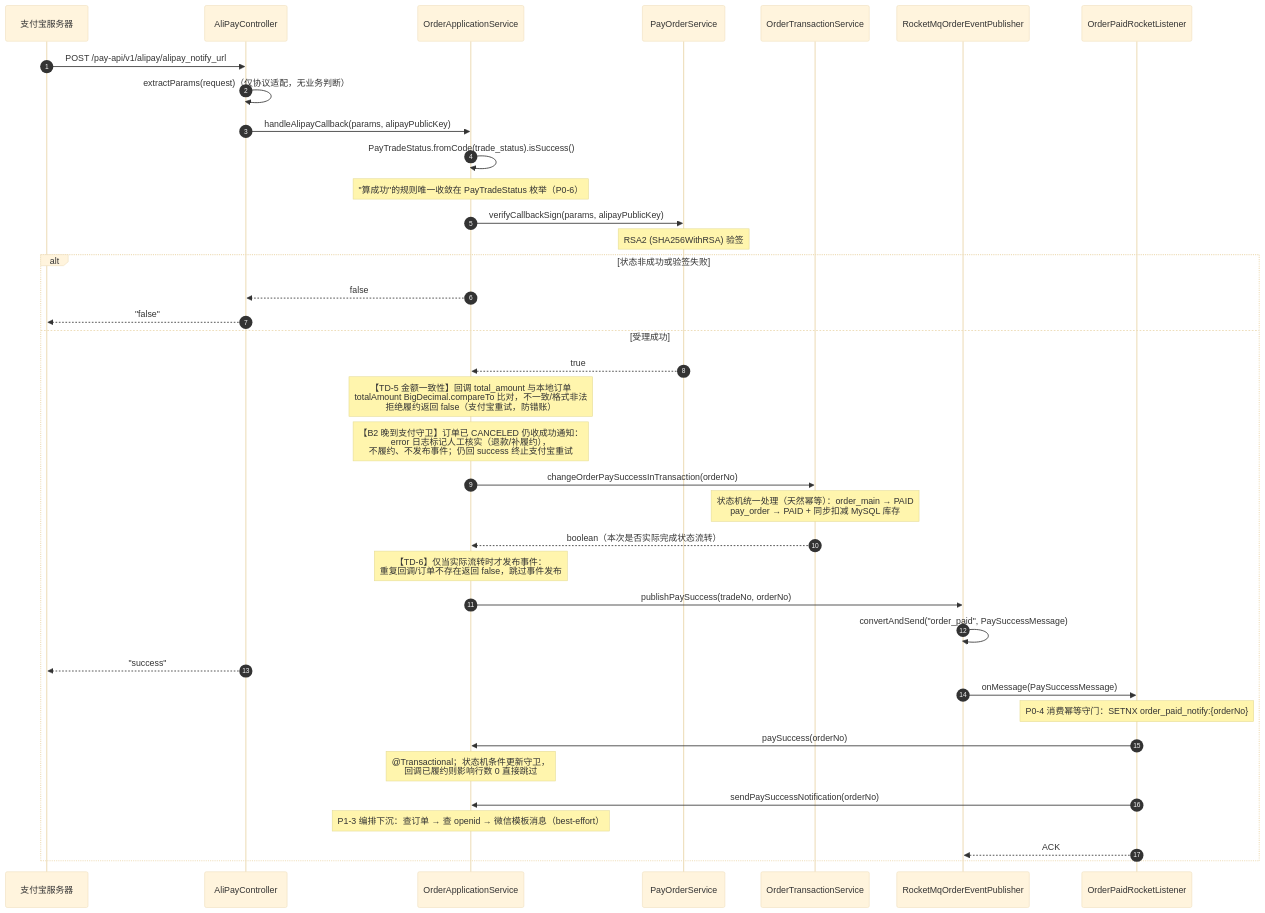
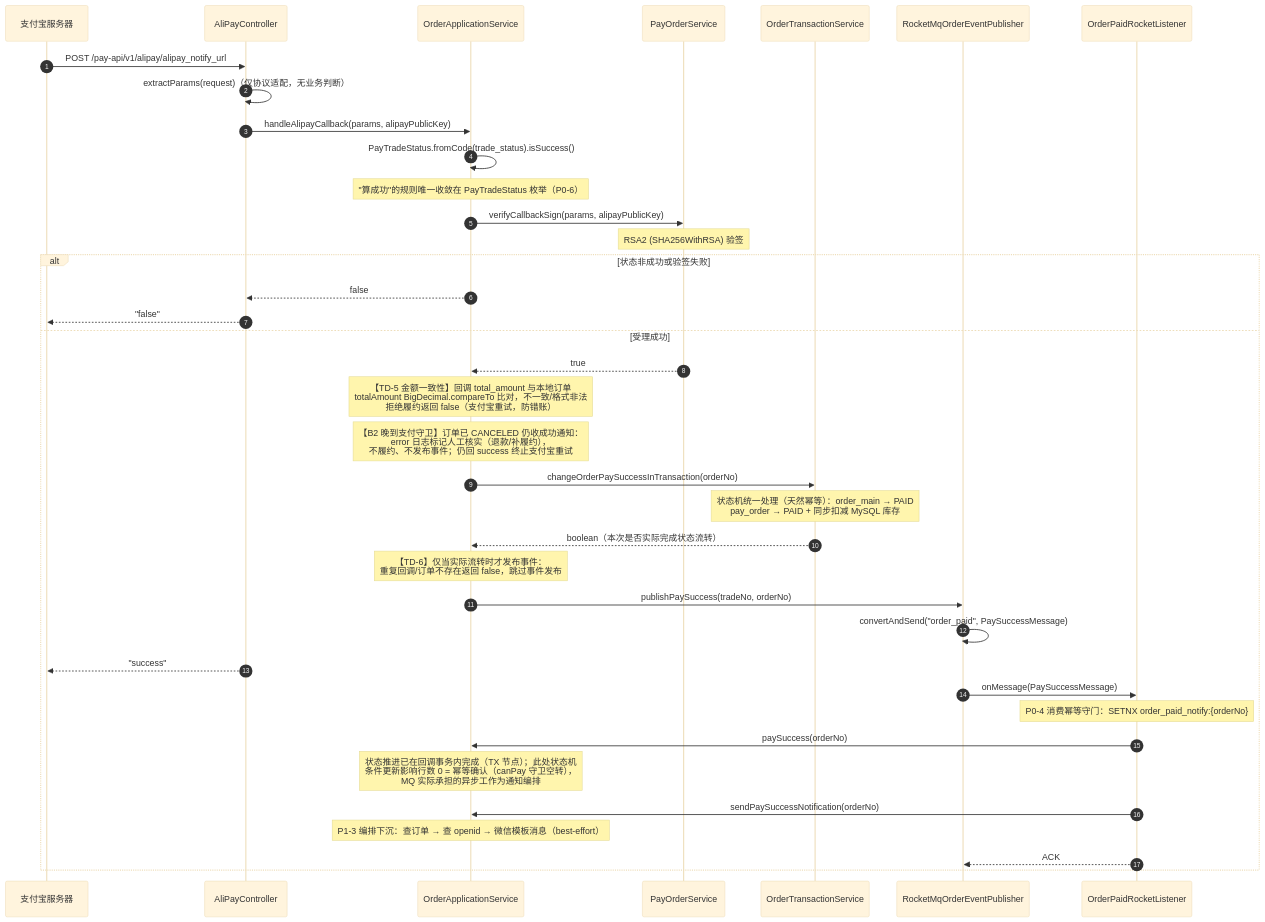
Before and after one commit to sxlva/s-pay-mall: the second of 5 diagrams in docs/design/module-order-pay.md, drawn with Mermaid (base theme). The commit also changed other lines of this file and 3 other files, not shown here.

````diff
--- a/docs/design/module-order-pay.md
+++ b/docs/design/module-order-pay.md
@@ -83,44 +83,44 @@
 ```mermaid
 sequenceDiagram
     autonumber
     participant Ali as 支付宝服务器
     participant C as AliPayController
     participant S as OrderApplicationService
     participant PS as PayOrderService
     participant TX as OrderTransactionService
     participant MQ as RocketMqOrderEventPublisher
     participant L as OrderPaidRocketListener
 
     Ali->>C: POST /pay-api/v1/alipay/alipay_notify_url
     C->>C: extractParams(request)（仅协议适配，无业务判断）
 
     C->>S: handleAlipayCallback(params, alipayPublicKey)
     S->>S: PayTradeStatus.fromCode(trade_status).isSuccess()
     Note over S: "算成功"的规则唯一收敛在 PayTradeStatus 枚举（P0-6）
     S->>PS: verifyCallbackSign(params, alipayPublicKey)
     Note over PS: RSA2 (SHA256WithRSA) 验签
 
     alt 状态非成功或验签失败
         S-->>C: false
         C-->>Ali: "false"
     else 受理成功
         PS-->>S: true
         Note over S: 【TD-5 金额一致性】回调 total_amount 与本地订单<br/>totalAmount BigDecimal.compareTo 比对，不一致/格式非法<br/>拒绝履约返回 false（支付宝重试，防错账）
         Note over S: 【B2 晚到支付守卫】订单已 CANCELED 仍收成功通知：<br/>error 日志标记人工核实（退款/补履约），<br/>不履约、不发布事件；仍回 success 终止支付宝重试
         S->>TX: changeOrderPaySuccessInTransaction(orderNo)
         Note over TX: 状态机统一处理（天然幂等）：order_main → PAID<br/>pay_order → PAID + 同步扣减 MySQL 库存
         TX-->>S: boolean（本次是否实际完成状态流转）
         Note over S: 【TD-6】仅当实际流转时才发布事件：<br/>重复回调/订单不存在返回 false，跳过事件发布
         S->>MQ: publishPaySuccess(tradeNo, orderNo)
         MQ->>MQ: convertAndSend("order_paid", PaySuccessMessage)
         C-->>Ali: "success"
 
         MQ->>L: onMessage(PaySuccessMessage)
         Note over L: P0-4 消费幂等守门：SETNX order_paid_notify:{orderNo}
         L->>S: paySuccess(orderNo)
-        Note over S: @Transactional；状态机条件更新守卫，<br/>回调已履约则影响行数 0 直接跳过
+        Note over S: 状态推进已在回调事务内完成（TX 节点）；此处状态机<br/>条件更新影响行数 0 = 幂等确认（canPay 守卫空转），<br/>MQ 实际承担的异步工作为通知编排
         L->>S: sendPaySuccessNotification(orderNo)
         Note over S: P1-3 编排下沉：查订单 → 查 openid → 微信模板消息（best-effort）
         L-->>MQ: ACK
     end
 ```
````
